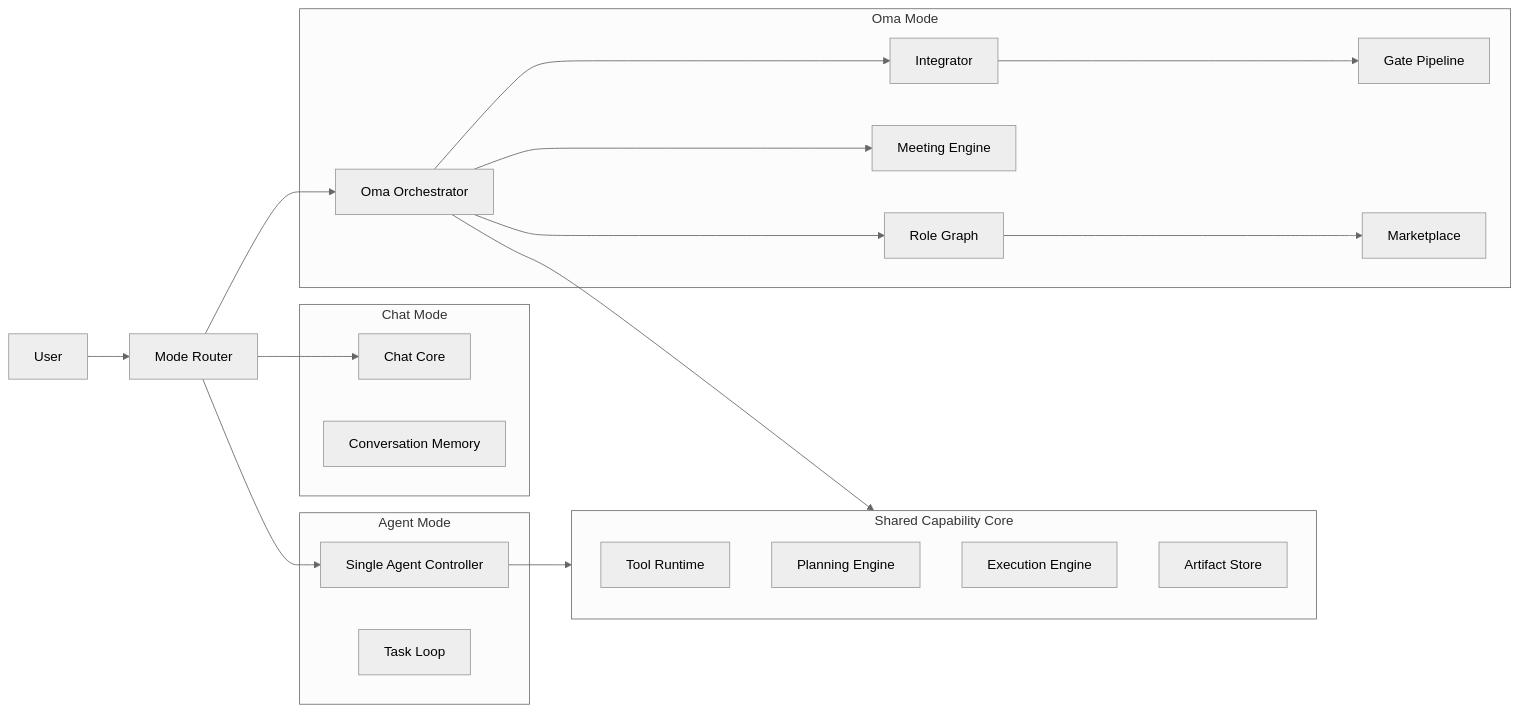
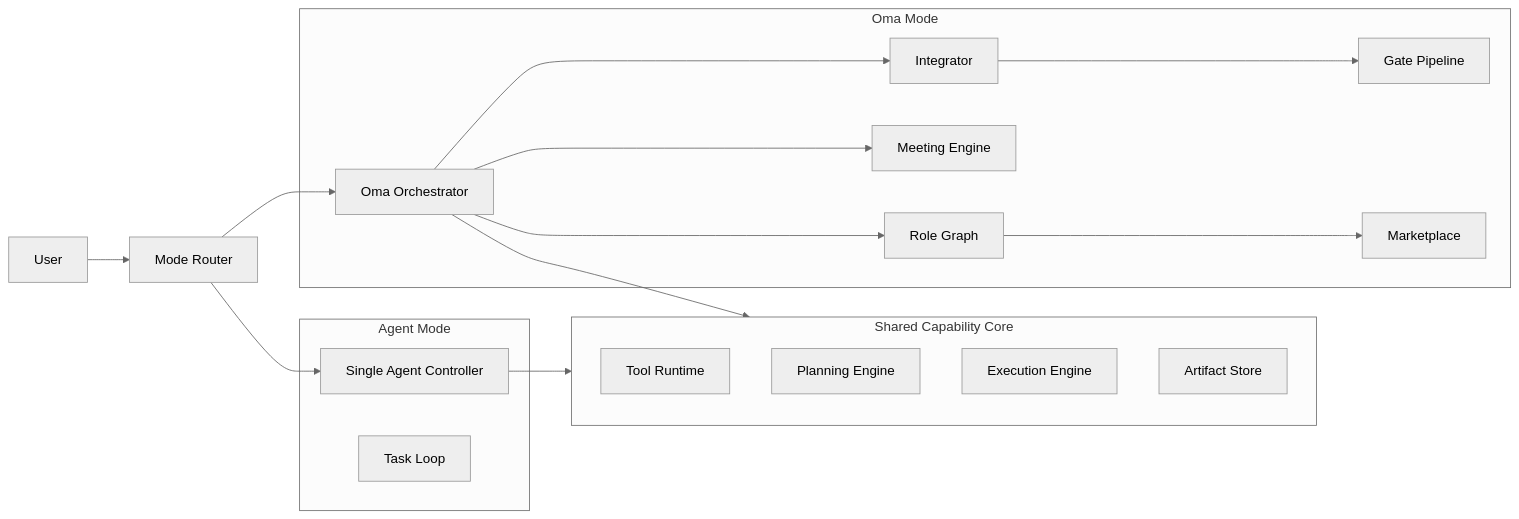
The diagram in lyra-core-v1/00-Core-Overview.md (petehsu/Lyra), drawn with Mermaid (neutral theme) before and after one commit. The commit also changed other lines of this file and 508 other files, not shown here.

````diff
--- a/lyra-core-v1/00-Core-Overview.md
+++ b/lyra-core-v1/00-Core-Overview.md
@@ -47,41 +46,35 @@
 ```mermaid
 flowchart LR
     U[User] --> R[Mode Router]
-
-    subgraph CHAT[Chat Mode]
-      C1[Chat Core]
-      C2[Conversation Memory]
-    end
 
     subgraph CAP[Shared Capability Core]
       A1[Tool Runtime]
       A2[Planning Engine]
       A3[Execution Engine]
       A4[Artifact Store]
     end
 
     subgraph Oma[Oma Mode]
       O1[Oma Orchestrator]
       O2[Role Graph]
       O3[Meeting Engine]
       O4[Integrator]
       O5[Gate Pipeline]
       O6[Marketplace]
     end
 
     subgraph AGENT[Agent Mode]
       G1[Single Agent Controller]
       G2[Task Loop]
     end
 
-    R --> C1
     R --> G1
     R --> O1
     G1 --> CAP
     O1 --> CAP
     O1 --> O2
     O1 --> O3
     O1 --> O4
     O4 --> O5
     O2 --> O6
 ```
````
